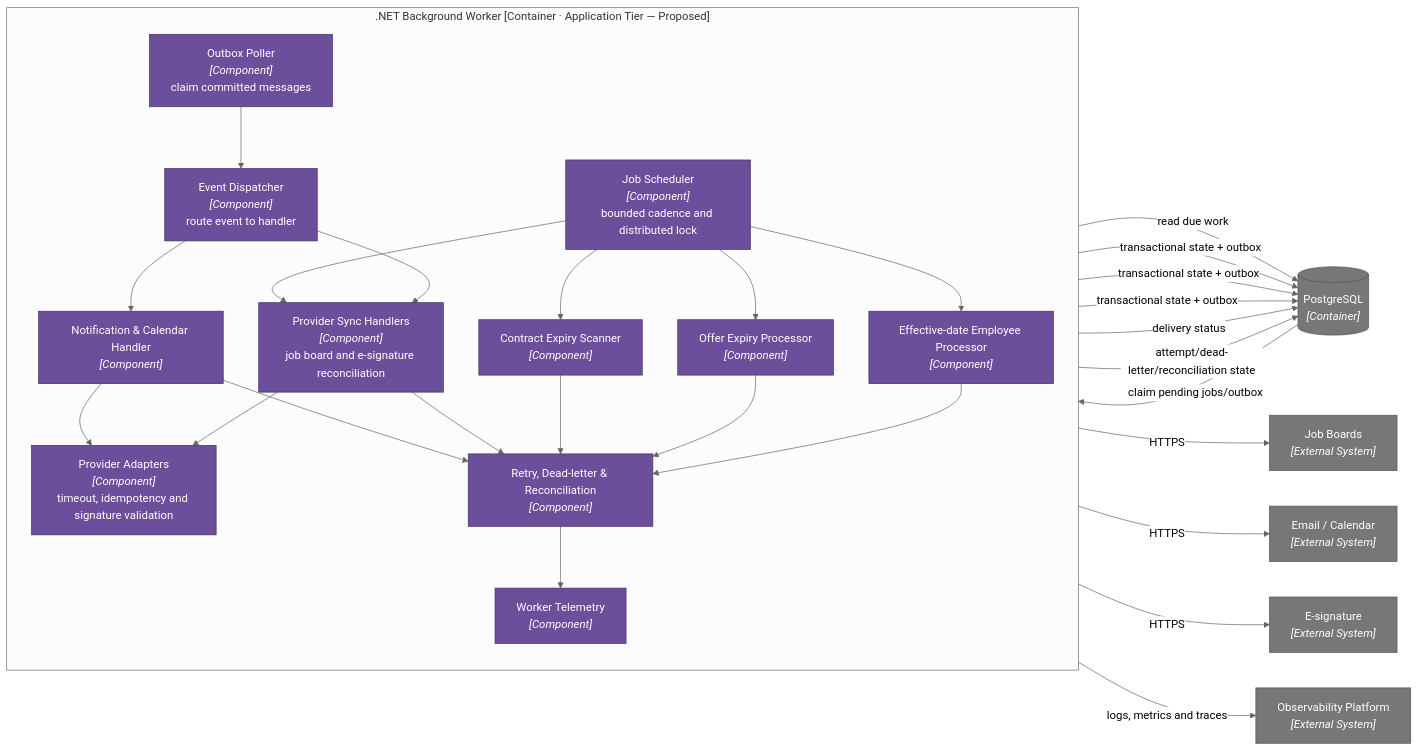
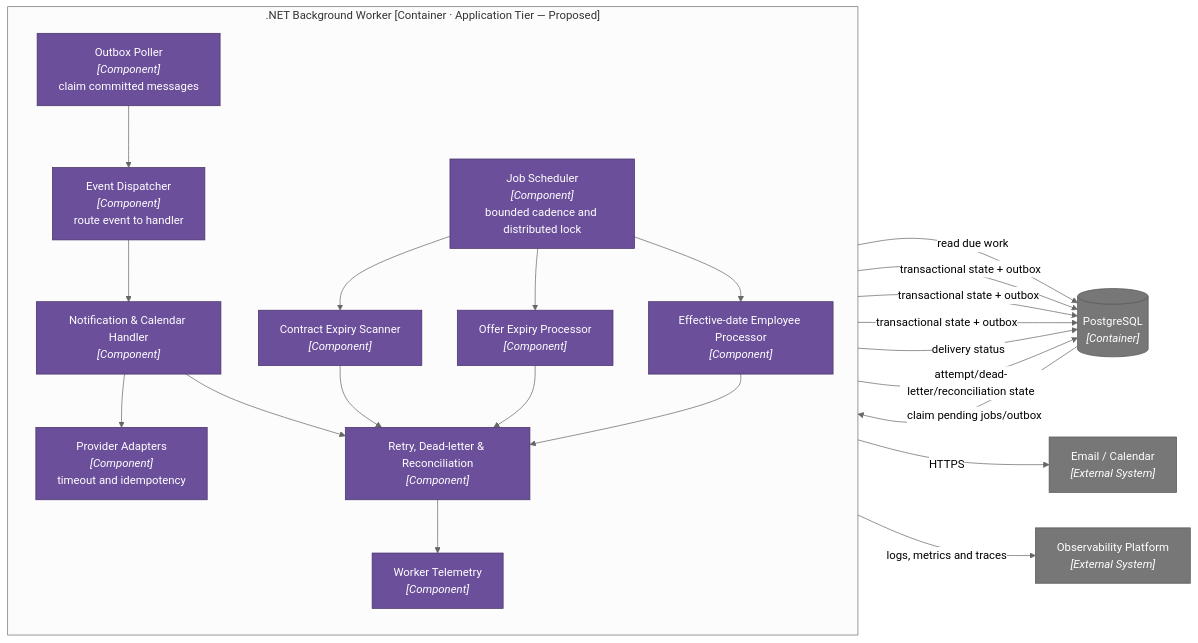
Before and after one commit to nvdat16/QLNS: the sixth of 12 diagrams in docs/architecture.md, drawn with Mermaid (neutral theme). The commit also changed other lines of this file and 15 other files, not shown here.

````diff
--- a/docs/architecture.md
+++ b/docs/architecture.md
@@ -408,56 +362,47 @@
 ```mermaid
 flowchart LR
     db[("PostgreSQL<br/><i>[Container]</i>")]
-    jobboards["Job Boards<br/><i>[External System]</i>"]
     comms["Email / Calendar<br/><i>[External System]</i>"]
-    esign["E-signature<br/><i>[External System]</i>"]
     observe["Observability Platform<br/><i>[External System]</i>"]
 
     subgraph worker[".NET Background Worker [Container · Application Tier — Proposed]"]
         direction TB
         scheduler["Job Scheduler<br/><i>[Component]</i><br/>bounded cadence and distributed lock"]
         outbox["Outbox Poller<br/><i>[Component]</i><br/>claim committed messages"]
         dispatcher["Event Dispatcher<br/><i>[Component]</i><br/>route event to handler"]
         contractExpiry["Contract Expiry Scanner<br/><i>[Component]</i>"]
         offerExpiry["Offer Expiry Processor<br/><i>[Component]</i>"]
         effectiveEvents["Effective-date Employee Processor<br/><i>[Component]</i>"]
         notification["Notification & Calendar Handler<br/><i>[Component]</i>"]
-        providerSync["Provider Sync Handlers<br/><i>[Component]</i><br/>job board and e-signature reconciliation"]
         retry["Retry, Dead-letter & Reconciliation<br/><i>[Component]</i>"]
-        adapters["Provider Adapters<br/><i>[Component]</i><br/>timeout, idempotency and signature validation"]
+        adapters["Provider Adapters<br/><i>[Component]</i><br/>timeout and idempotency"]
         telemetry["Worker Telemetry<br/><i>[Component]</i>"]
 
         scheduler --> contractExpiry
         scheduler --> offerExpiry
         scheduler --> effectiveEvents
-        scheduler --> providerSync
         outbox --> dispatcher
         dispatcher --> notification
-        dispatcher --> providerSync
         notification --> adapters
-        providerSync --> adapters
         notification --> retry
-        providerSync --> retry
         contractExpiry --> retry
         offerExpiry --> retry
         effectiveEvents --> retry
         retry --> telemetry
     end
 
     db -->|"claim pending jobs/outbox"| outbox
     scheduler -->|"read due work"| db
     contractExpiry -->|"transactional state + outbox"| db
     offerExpiry -->|"transactional state + outbox"| db
     effectiveEvents -->|"transactional state + outbox"| db
     dispatcher -->|"delivery status"| db
     retry -->|"attempt/dead-letter/reconciliation state"| db
-    adapters -->|HTTPS| jobboards
     adapters -->|HTTPS| comms
-    adapters -->|HTTPS| esign
     telemetry -->|"logs, metrics and traces"| observe
 
     classDef proposed fill:#6b4f9b,color:#fff,stroke:#463267
     classDef external fill:#777,color:#fff,stroke:#555
-    class scheduler,outbox,dispatcher,contractExpiry,offerExpiry,effectiveEvents,notification,providerSync,retry,adapters,telemetry proposed
-    class db,jobboards,comms,esign,observe external
+    class scheduler,outbox,dispatcher,contractExpiry,offerExpiry,effectiveEvents,notification,retry,adapters,telemetry proposed
+    class db,comms,observe external
 ```
````
